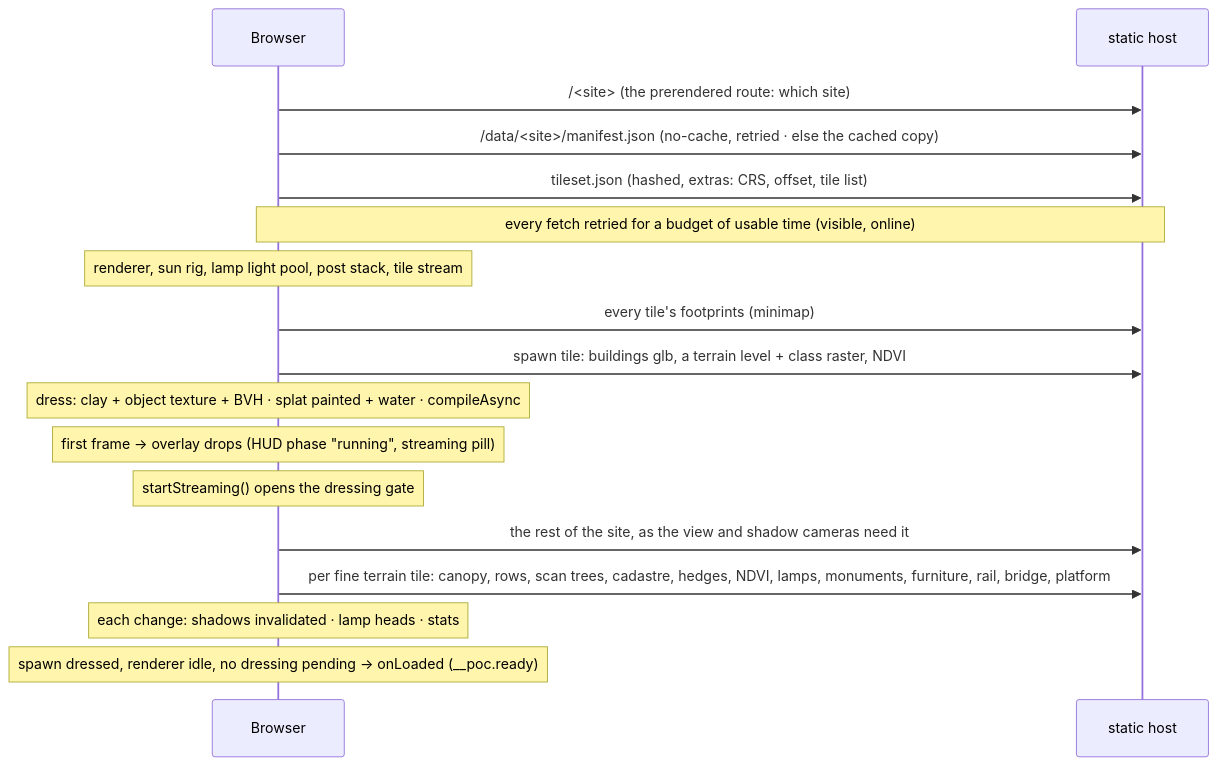
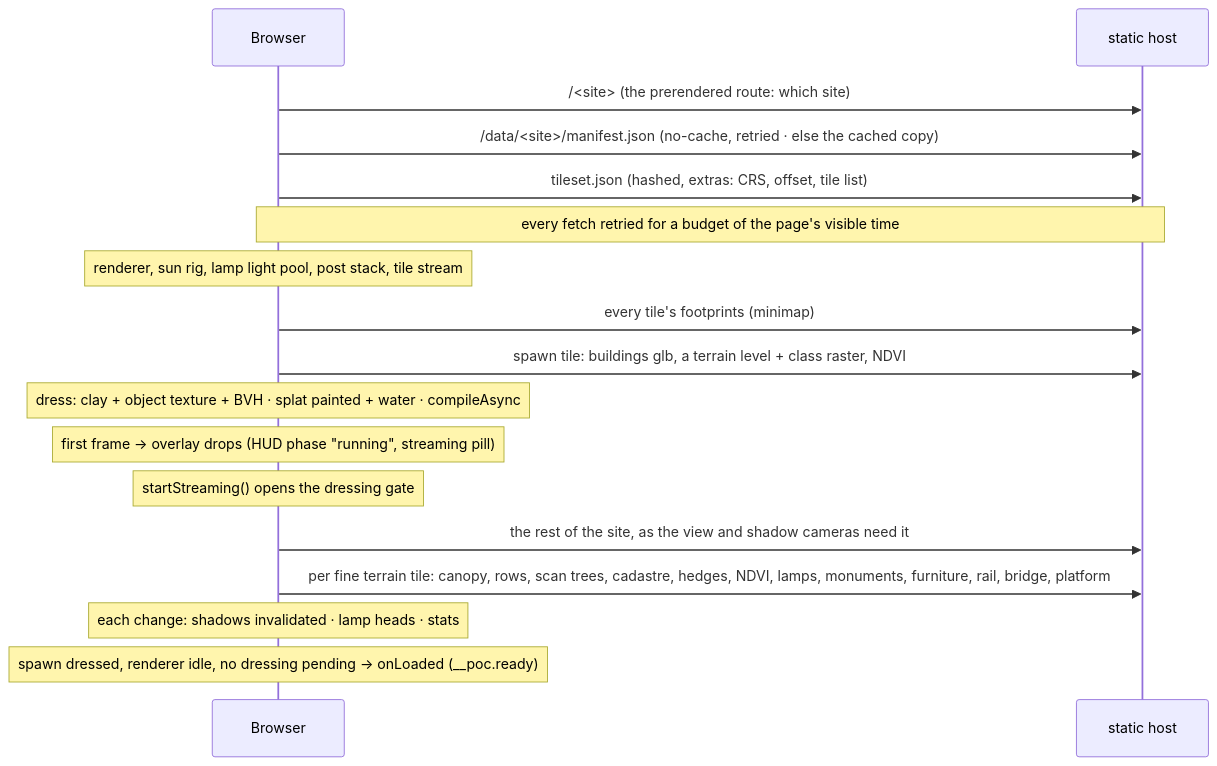
The second of 2 diagrams in docs/rendering.md (mdugue/bridge), drawn with Mermaid before and after one commit. The commit also changed other lines of this file and 5 other files, not shown here.

````diff
--- a/docs/rendering.md
+++ b/docs/rendering.md
@@ -834,19 +854,19 @@
 ```mermaid
 sequenceDiagram
   participant B as Browser
   participant S as static host
   B->>S: /<site> (the prerendered route: which site)
   B->>S: /data/<site>/manifest.json (no-cache, retried · else the cached copy)
   B->>S: tileset.json (hashed, extras: CRS, offset, tile list)
-  Note over B,S: every fetch retried for a budget of usable time (visible, online)
+  Note over B,S: every fetch retried for a budget of the page's visible time
   Note over B: renderer, sun rig, lamp light pool, post stack, tile stream
   B->>S: every tile's footprints (minimap)
   B->>S: spawn tile: buildings glb, a terrain level + class raster, NDVI
   Note over B: dress: clay + object texture + BVH · splat painted + water · compileAsync
   Note over B: first frame → overlay drops (HUD phase "running", streaming pill)
   Note over B: startStreaming() opens the dressing gate
   B->>S: the rest of the site, as the view and shadow cameras need it
   B->>S: per fine terrain tile: canopy, rows, scan trees, cadastre, hedges, NDVI, lamps, monuments, furniture, rail, bridge, platform
   Note over B: each change: shadows invalidated · lamp heads · stats
   Note over B: spawn dressed, renderer idle, no dressing pending → onLoaded (__poc.ready)
 ```
````
